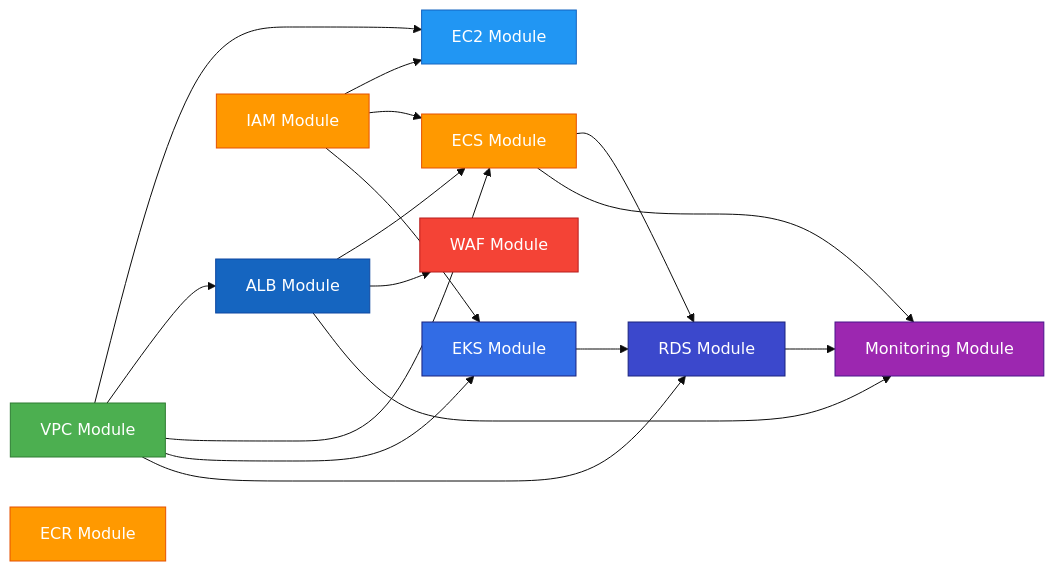
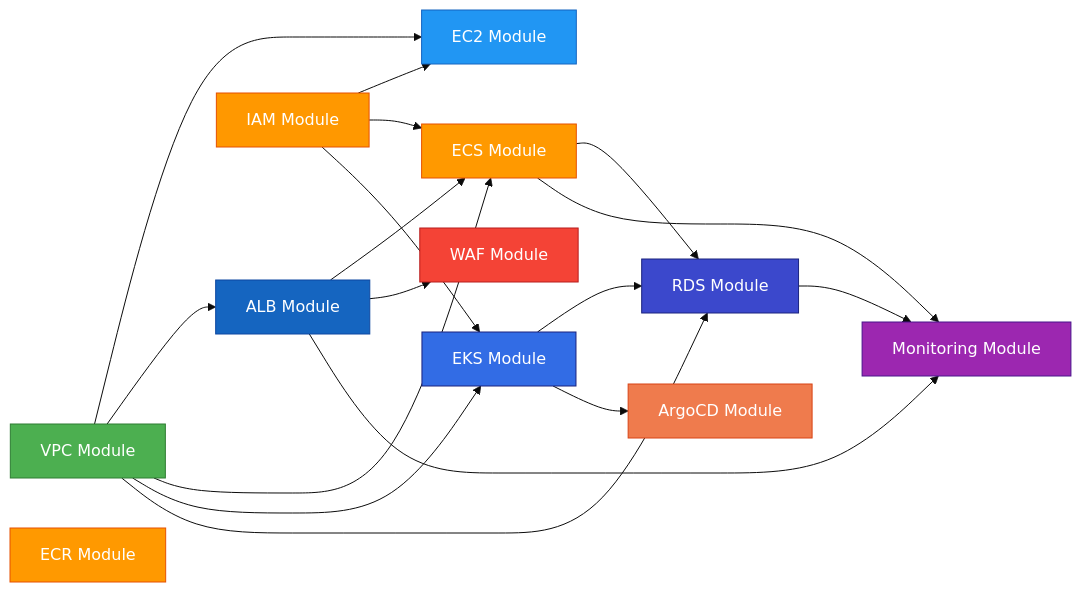
Before and after one commit to neutron420/terraform: the second of 7 diagrams in README.md, drawn with Mermaid (base theme). The commit also changed other lines of this file and 14 other files, not shown here.

Commit message:
feat: Implement ArgoCD for GitOps, add ALB module, sample Kubernetes application, and CI/CD workflow.

````diff
--- a/README.md
+++ b/README.md
@@ -84,35 +84,37 @@
 ```mermaid
 graph LR
     VPC["VPC Module"] --> EC2["EC2 Module"]
     VPC --> ALB["ALB Module"]
     VPC --> ECS["ECS Module"]
     VPC --> EKS["EKS Module"]
     VPC --> RDS["RDS Module"]
 
     IAM["IAM Module"] --> EC2
     IAM --> ECS
     IAM --> EKS
 
     ALB --> ECS
     ALB --> WAF["WAF Module"]
     ALB --> MON["Monitoring Module"]
 
     ECS --> RDS
     ECS --> MON
     EKS --> RDS
+    EKS --> ARGOCD["ArgoCD Module"]
 
     RDS --> MON
 
     ECR["ECR Module"]
 
     style VPC fill:#4CAF50,stroke:#2E7D32,color:#fff
     style IAM fill:#FF9800,stroke:#E65100,color:#fff
     style EC2 fill:#2196F3,stroke:#1565C0,color:#fff
     style ALB fill:#1565C0,stroke:#0D47A1,color:#fff
     style ECS fill:#FF9900,stroke:#E65100,color:#fff
     style EKS fill:#326CE5,stroke:#1A237E,color:#fff
     style WAF fill:#f44336,stroke:#B71C1C,color:#fff
     style RDS fill:#3b48cc,stroke:#1A237E,color:#fff
     style ECR fill:#FF9900,stroke:#E65100,color:#fff
     style MON fill:#9C27B0,stroke:#4A148C,color:#fff
+    style ARGOCD fill:#EF7B4D,stroke:#D84315,color:#fff
 ```
````
